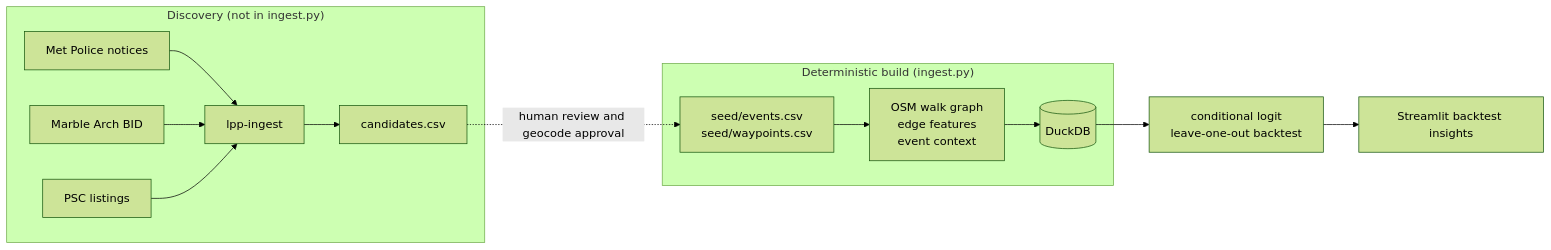
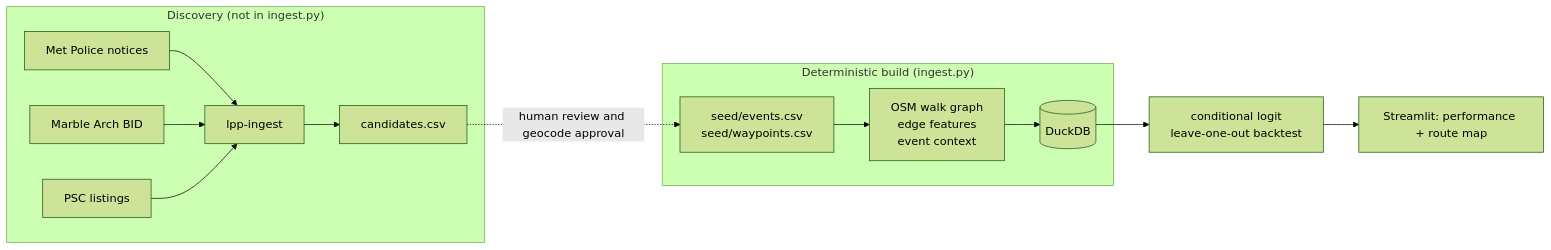
One commit to crislu05/london-protest-predictor changed the diagram in README.md. Above: the diagram before and after it, drawn with Mermaid (forest theme). The commit also changed other lines of this file and 13 other files, not shown here.

````diff
--- a/README.md
+++ b/README.md
@@ -26,16 +24,16 @@
 ```mermaid
 flowchart LR
     subgraph discover["Discovery (not in ingest.py)"]
         A[Met Police notices] --> D[lpp-ingest]
         B[Marble Arch BID] --> D
         C[PSC listings] --> D
         D --> E[candidates.csv]
     end
     E -.->|human review and geocode approval| F[seed/events.csv<br/>seed/waypoints.csv]
     subgraph build["Deterministic build (ingest.py)"]
         F --> G[OSM walk graph<br/>edge features<br/>event context]
         G --> H[(DuckDB)]
     end
     H --> I[conditional logit<br/>leave-one-out backtest]
-    I --> J[Streamlit backtest insights]
+    I --> J[Streamlit: performance + route map]
 ```
````
